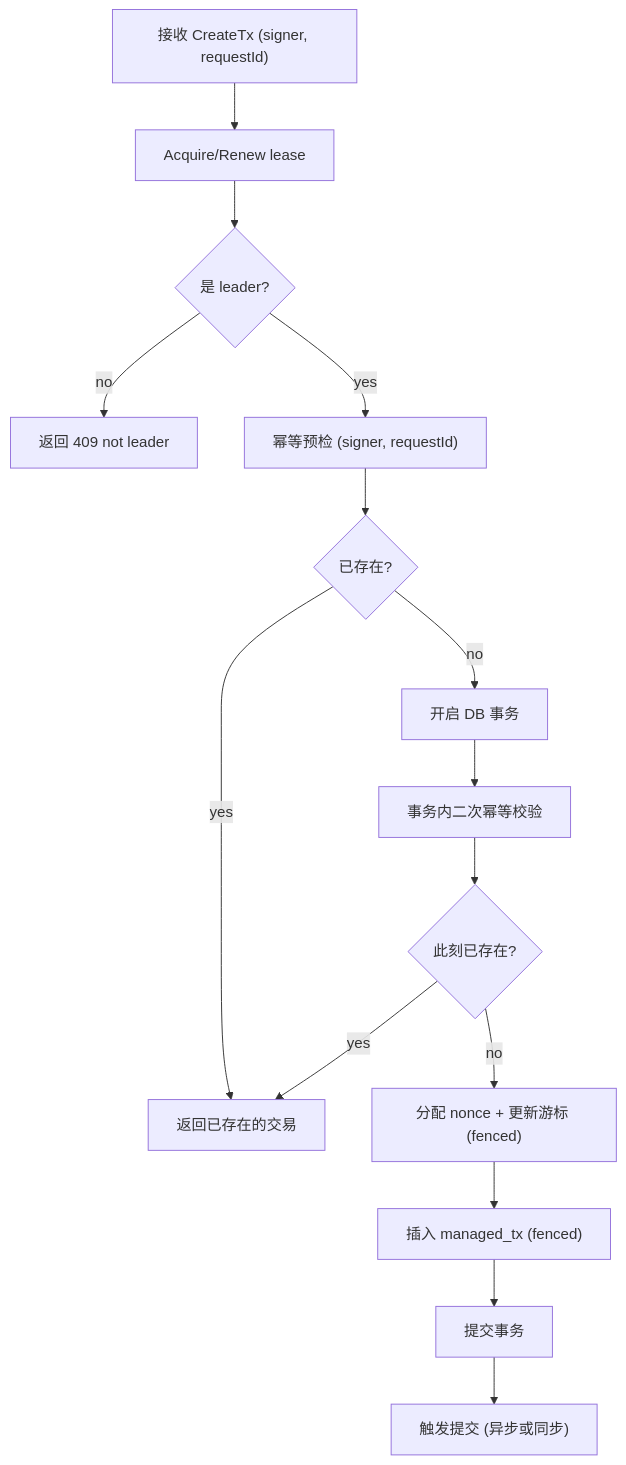
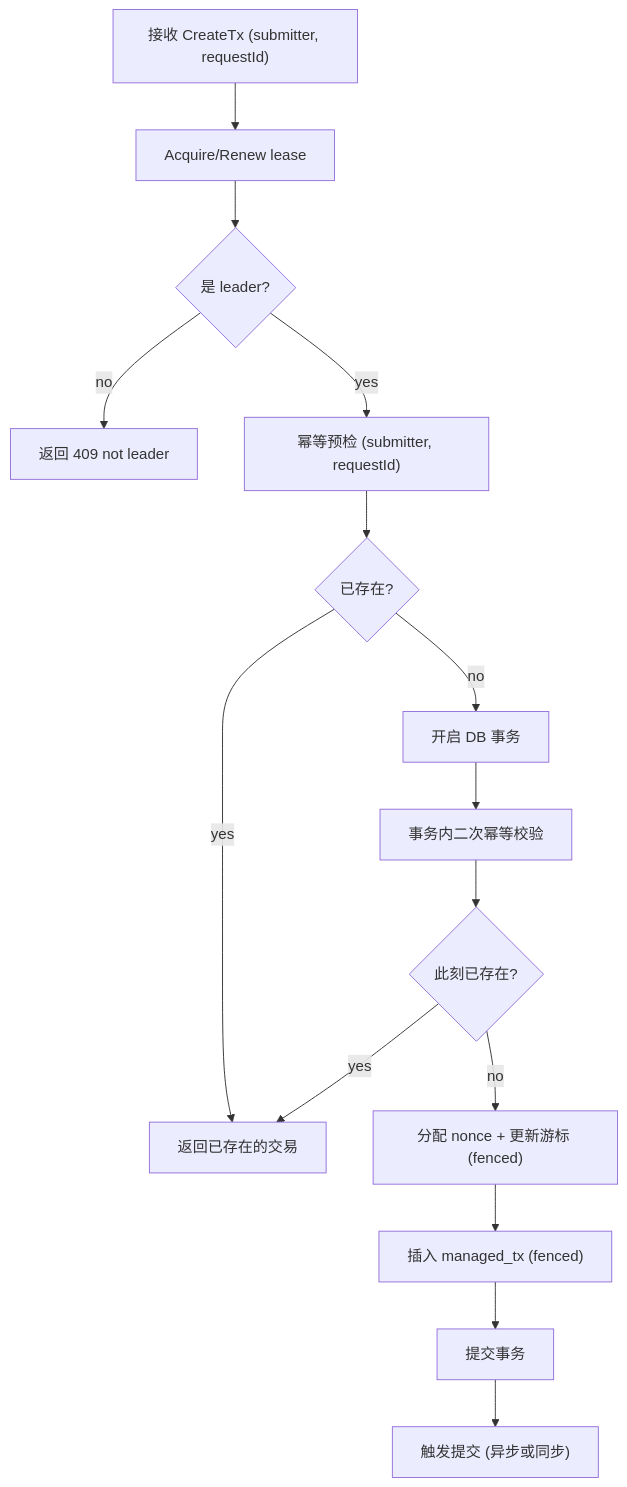
Before and after one commit to cedardinh/nonce-demo: the fifth of 9 diagrams in 方案1111.md, drawn with Mermaid. The commit also changed other lines of this file and 63 other files, not shown here.

````diff
--- a/方案1111.md
+++ b/方案1111.md
@@ -302,17 +302,17 @@
 ```mermaid
 flowchart TD
-  A["接收 CreateTx (signer, requestId)"] --> B["Acquire/Renew lease"]
+  A["接收 CreateTx (submitter, requestId)"] --> B["Acquire/Renew lease"]
   B --> C{"是 leader?"}
   C -->|no| X["返回 409 not leader"]
-  C -->|yes| D["幂等预检 (signer, requestId)"]
+  C -->|yes| D["幂等预检 (submitter, requestId)"]
   D --> E{"已存在?"}
   E -->|yes| Y["返回已存在的交易"]
   E -->|no| F["开启 DB 事务"]
   F --> G["事务内二次幂等校验"]
   G --> H{"此刻已存在?"}
   H -->|yes| Y
   H -->|no| I["分配 nonce + 更新游标 (fenced)"]
   I --> J["插入 managed_tx (fenced)"]
   J --> K["提交事务"]
   K --> L["触发提交 (异步或同步)"]
 ```
````
